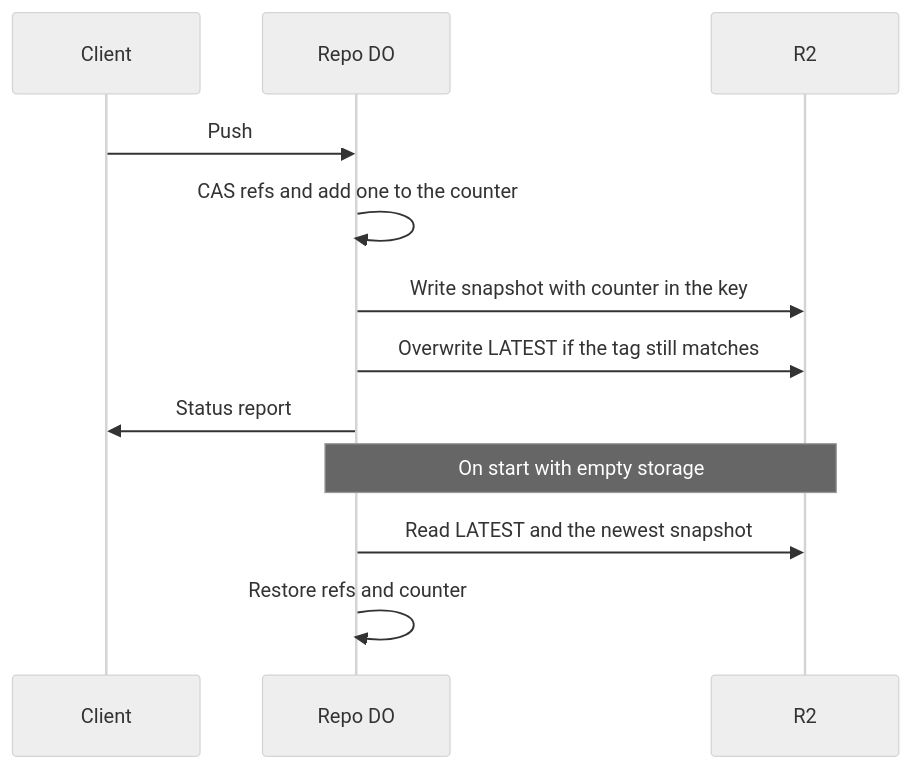
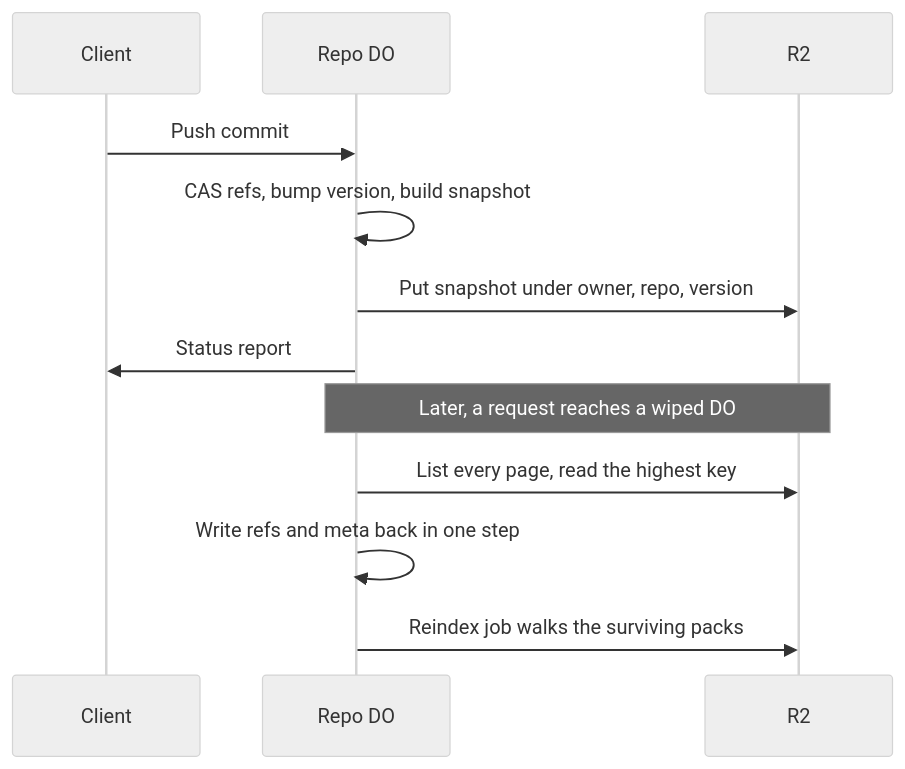
Before and after one commit to idl3/git-edge: the diagram in plain/r2-versioned-snapshots.md, drawn with Mermaid (neutral theme). The commit also changed other lines of this file and 65 other files, not shown here.

````diff
--- a/plain/r2-versioned-snapshots.md
+++ b/plain/r2-versioned-snapshots.md
@@ -28,14 +32,14 @@
 ```mermaid
 sequenceDiagram
     participant C as Client
     participant D as Repo DO
     participant R as R2
-    C->>D: Push
-    D->>D: CAS refs and add one to the counter
-    D->>R: Write snapshot with counter in the key
-    D->>R: Overwrite LATEST if the tag still matches
+    C->>D: Push commit
+    D->>D: CAS refs, bump version, build snapshot
+    D->>R: Put snapshot under owner, repo, version
     D->>C: Status report
-    Note over D,R: On start with empty storage
-    D->>R: Read LATEST and the newest snapshot
-    D->>D: Restore refs and counter
+    Note over D,R: Later, a request reaches a wiped DO
+    D->>R: List every page, read the highest key
+    D->>D: Write refs and meta back in one step
+    D->>R: Reindex job walks the surviving packs
 ```
````
